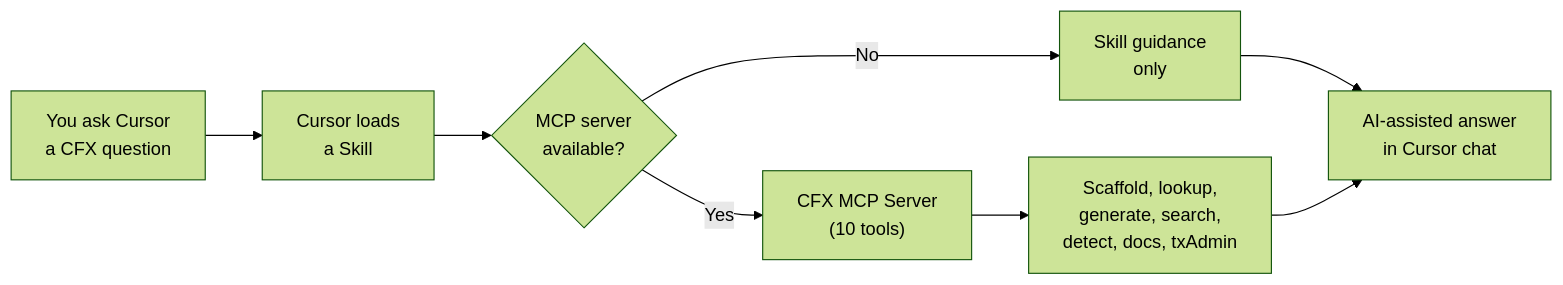
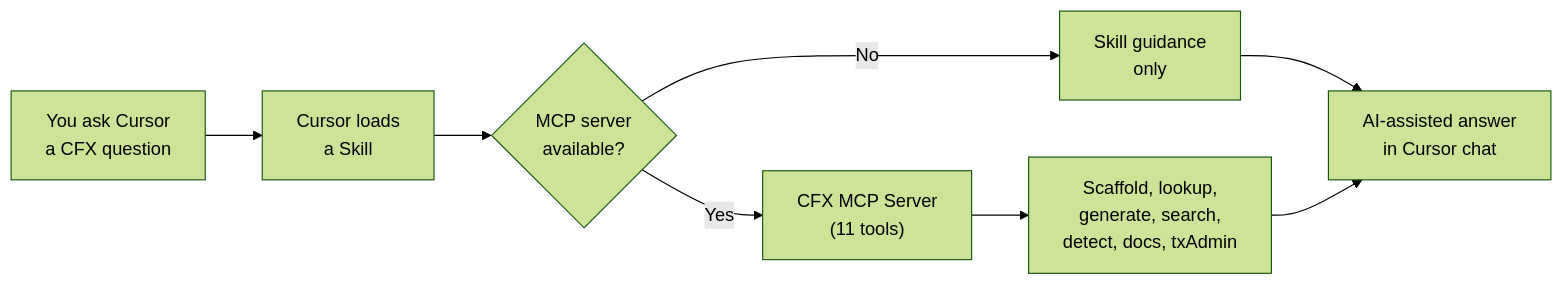
One commit to TMHSDigital/CFX-Developer-Tools changed the diagram in docs/index.md. Above: the diagram before and after it, drawn with Mermaid (forest theme). The commit also changed other lines of this file and 12 other files, not shown here.

````diff
--- a/docs/index.md
+++ b/docs/index.md
@@ -60,10 +60,10 @@
 ```mermaid
 flowchart LR
     A["You ask Cursor\na CFX question"] --> B["Cursor loads\na Skill"]
     B --> C{"MCP server\navailable?"}
-    C -- Yes --> D["CFX MCP Server\n(10 tools)"]
+    C -- Yes --> D["CFX MCP Server\n(11 tools)"]
     C -- No --> E["Skill guidance\nonly"]
     D --> F["Scaffold, lookup,\ngenerate, search,\ndetect, docs, txAdmin"]
     E --> G["AI-assisted answer\nin Cursor chat"]
     F --> G
 ```
````
